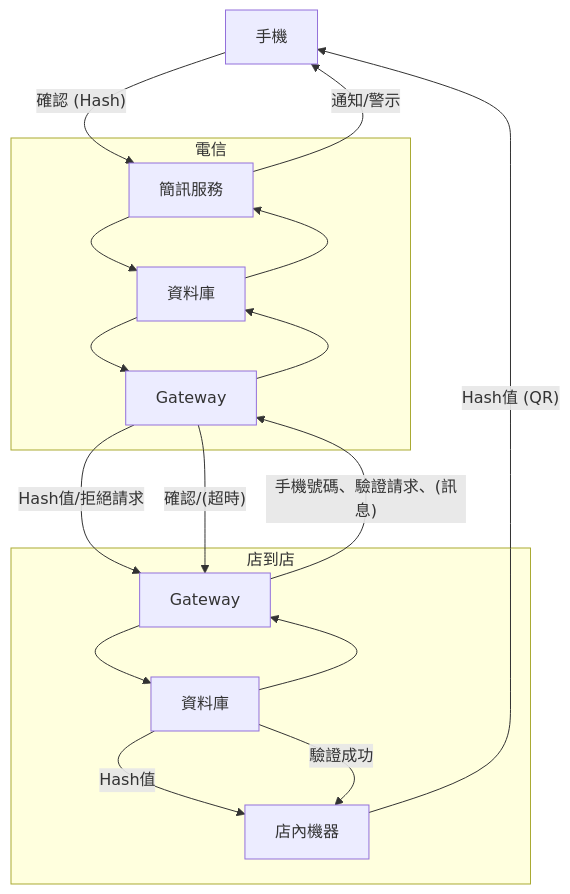
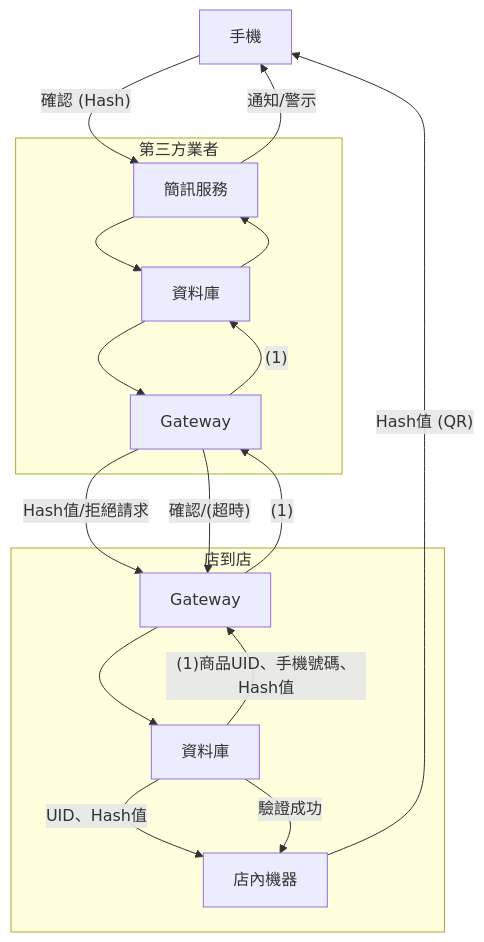
Before and after one commit to Typas/pcs-final-project: the first of 3 diagrams in README.md, drawn with Mermaid.

````diff
--- a/README.md
+++ b/README.md
@@ -5,35 +5,35 @@
 ```mermaid
 flowchart TB
     Phone["手機"]
     
-    subgraph TelecomCloud["電信"]
+    subgraph TelecomCloud["第三方業者"]
         TelecomGW[Gateway]
         TelecomDB["資料庫"]
         SMS["簡訊服務"]
     end
     
     subgraph EnterpriseCloud["店到店"]
         EnterpriseGW[Gateway]
         EnterpriseDB["資料庫"]
         Terminal["店內機器"]
     end
     
-    EnterpriseGW -->|"手機號碼、驗證請求、(訊息)"| TelecomGW
+    EnterpriseGW -->|"(1)"| TelecomGW
     TelecomGW -->|"Hash值/拒絕請求"| EnterpriseGW
-    TelecomGW --> TelecomDB
+    TelecomGW -->|"(1)"| TelecomDB
     TelecomDB --> TelecomGW
     TelecomDB --> SMS
     SMS --> TelecomDB
     
     TelecomGW -->|"確認/(超時)"| EnterpriseGW
     
     EnterpriseGW --> EnterpriseDB
-    EnterpriseDB --> EnterpriseGW
-    EnterpriseDB --> |"Hash值"| Terminal
+    EnterpriseDB --> |"(1)商品UID、手機號碼、Hash值"| EnterpriseGW
+    EnterpriseDB --> |"UID、Hash值"| Terminal
     EnterpriseDB --> |"驗證成功"| Terminal
 
     Terminal --> |"Hash值 (QR)"| Phone
     
     SMS -->|"通知/警示"| Phone
     Phone -->|"確認 (Hash)"| SMS
 ```
````
